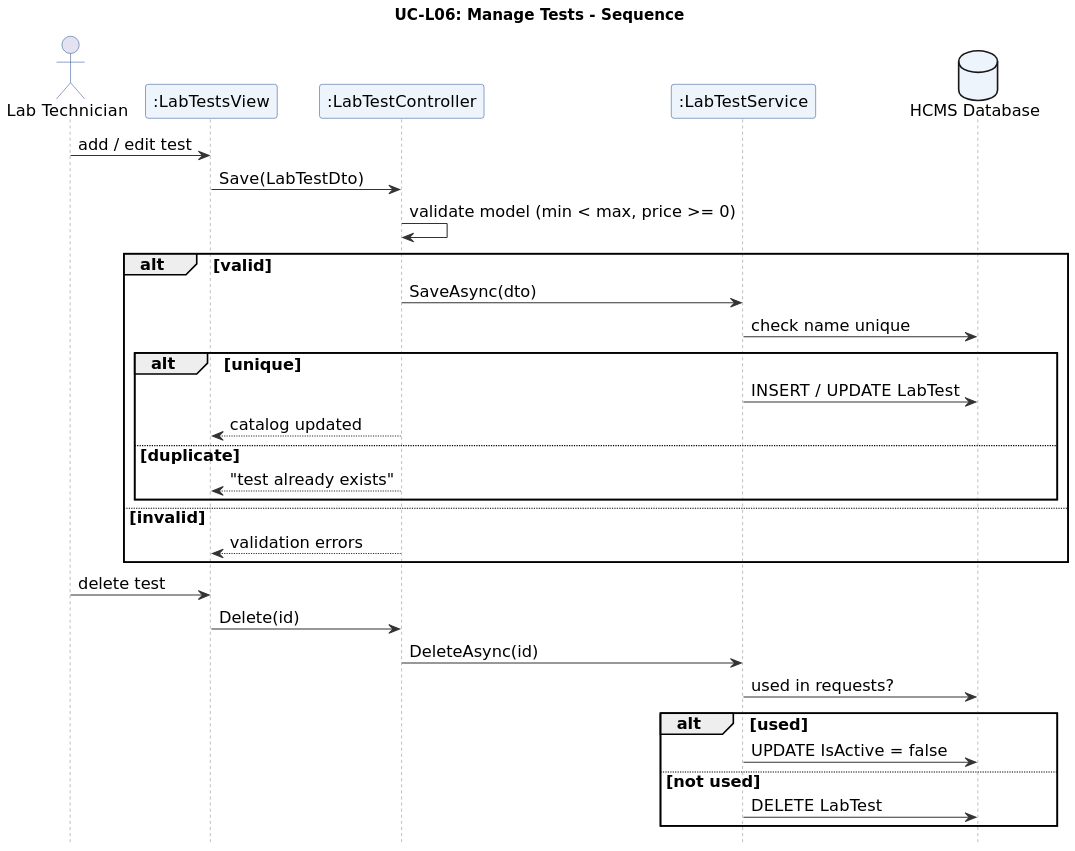
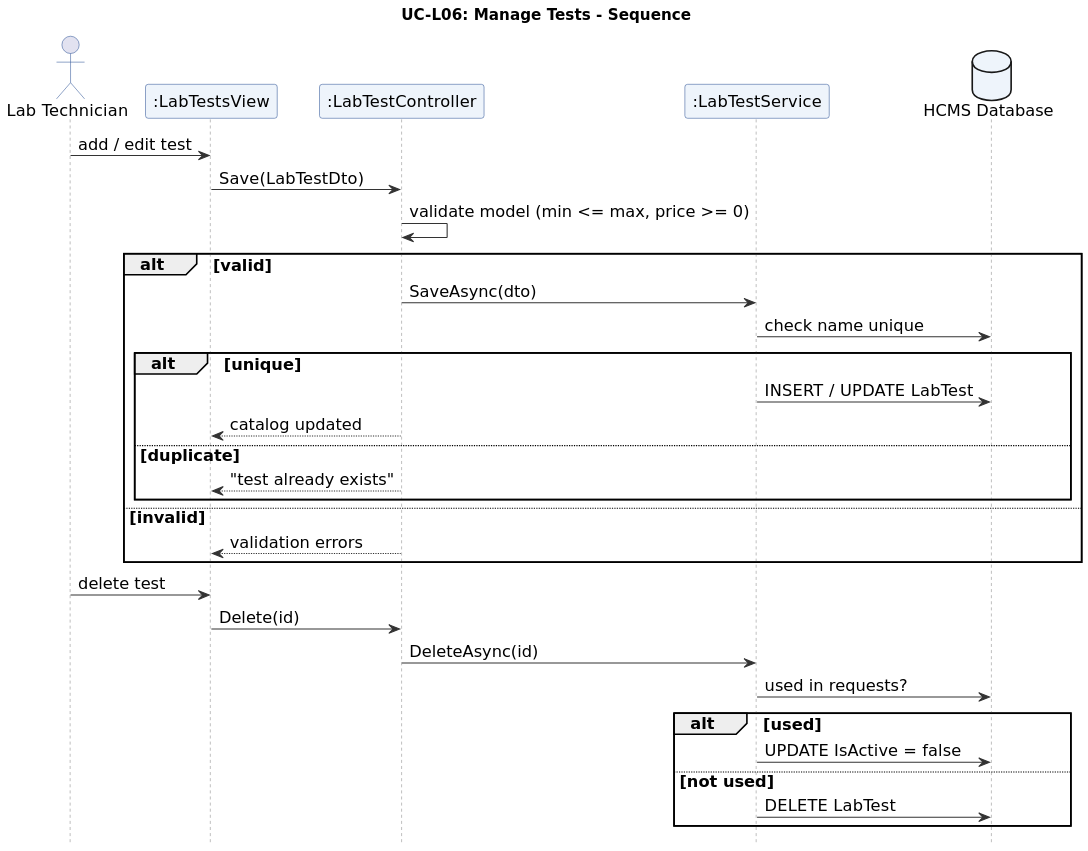
The diagram in docs/diagrams/UC-L06_seq.puml (aymansl/HCMS), drawn with PlantUML before and after one commit. The commit also changed 24 other files, not shown here.

```diff
--- a/docs/diagrams/UC-L06_seq.puml
+++ b/docs/diagrams/UC-L06_seq.puml
@@ -1,54 +1,54 @@
 @startuml
 skinparam dpi 170
 skinparam shadowing false
 skinparam defaultFontName DejaVu Sans
 skinparam defaultFontSize 12
 skinparam ArrowColor #333333
 skinparam ActivityBackgroundColor #EEF4FB
 skinparam ActivityBorderColor #2F5597
 skinparam ActivityDiamondBackgroundColor #FFF7E0
 skinparam SwimlaneTitleFontStyle bold
 skinparam ParticipantBackgroundColor #EEF4FB
 skinparam ParticipantBorderColor #2F5597
 skinparam SequenceLifeLineBorderColor #888888
 skinparam UsecaseBackgroundColor #EEF4FB
 skinparam UsecaseBorderColor #2F5597
 skinparam ActorBorderColor #2F5597
 skinparam DatabaseBackgroundColor #EEF4FB
 skinparam SequenceGroupHeaderFontStyle bold
 title UC-L06: Manage Tests - Sequence
 skinparam defaultFontSize 15
 skinparam ParticipantFontSize 15
 skinparam ActorFontSize 15
 skinparam DatabaseFontSize 15
 hide footbox
 actor "Lab Technician" as U
 participant ":LabTestsView" as V
 participant ":LabTestController" as C
 participant ":LabTestService" as S
 database "HCMS Database" as DB
 U -> V : add / edit test
 V -> C : Save(LabTestDto)
-C -> C : validate model (min < max, price >= 0)
+C -> C : validate model (min <= max, price >= 0)
 alt valid
   C -> S : SaveAsync(dto)
   S -> DB : check name unique
   alt unique
     S -> DB : INSERT / UPDATE LabTest
     C --> V : catalog updated
   else duplicate
     C --> V : "test already exists"
   end
 else invalid
   C --> V : validation errors
 end
 U -> V : delete test
 V -> C : Delete(id)
 C -> S : DeleteAsync(id)
 S -> DB : used in requests?
 alt used
   S -> DB : UPDATE IsActive = false
 else not used
   S -> DB : DELETE LabTest
 end
 @enduml
```
